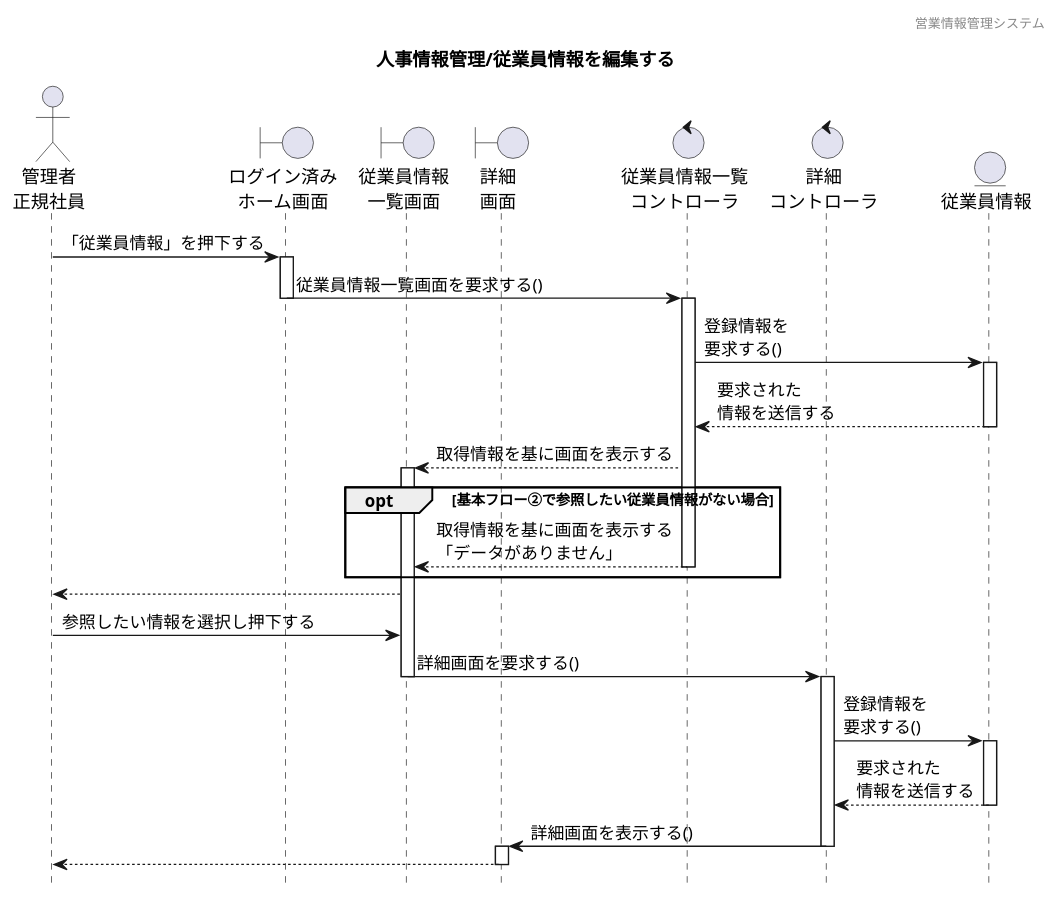
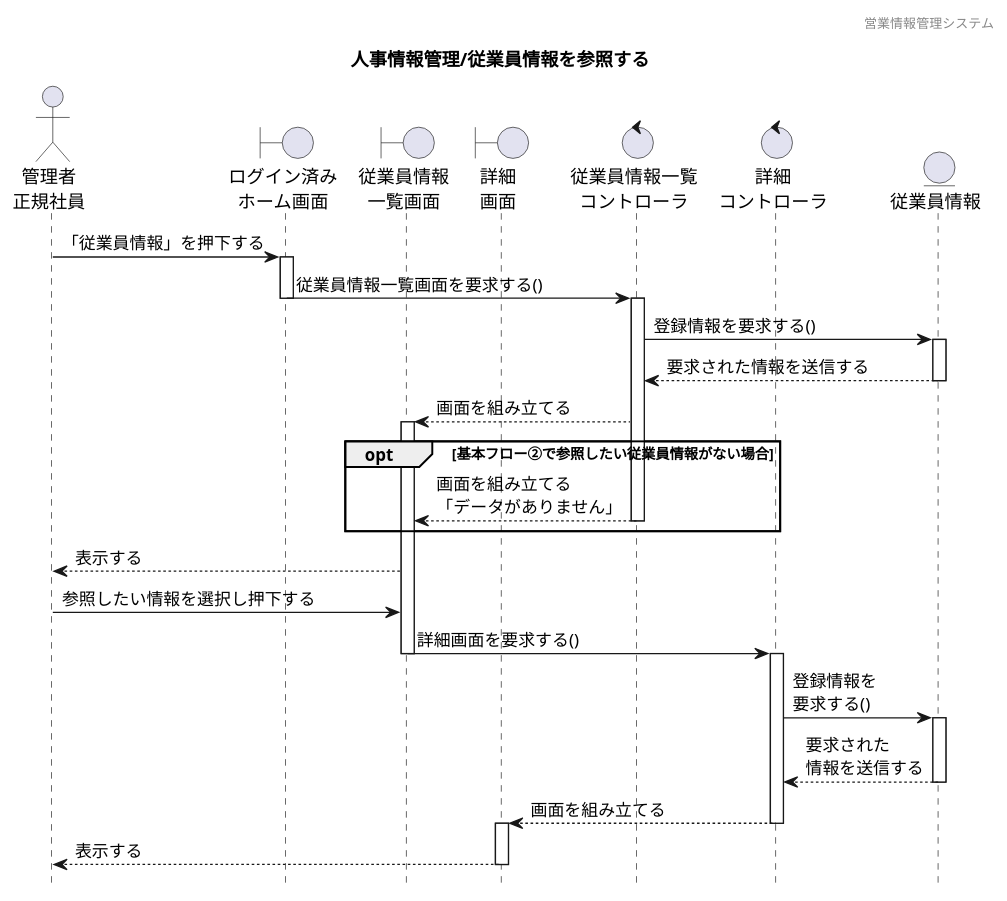
One commit to HaruShim/Sotuken changed the diagram in 各種設計書/4シーケンス図/マスタ管理/1.従業員情報マスタ/未_従業員情報管理_編集.plantuml. Above: the diagram before and after it, drawn with PlantUML. The commit also changed 1 other file, not shown here.

```diff
--- a/各種設計書/4シーケンス図/マスタ管理/1.従業員情報マスタ/未_従業員情報管理_編集.plantuml
+++ b/各種設計書/4シーケンス図/マスタ管理/1.従業員情報マスタ/未_従業員情報管理_編集.plantuml
@@ -1,66 +1,66 @@
 @startuml シーケンス図
 
 ' 下アイコン除去
 hide footbox
 ' ヘッダー
 header 営業情報管理システム
 ' タイトル
-title 人事情報管理/従業員情報を編集する
+title 人事情報管理/従業員情報を参照する
 
 
 ' actor "" as 
 actor "管理者\n正規社員" as a1
 
 ' boundary "" as 
 boundary "ログイン済み\nホーム画面" as b1
 boundary "従業員情報\n一覧画面" as b2
 boundary "詳細\n画面" as b3
 
 ' control "" as 
 control "従業員情報一覧\nコントローラ" as c1
 control "詳細\nコントローラ" as c2
 
 ' entity "" as
 entity "従業員情報" as e1
 
 
 ' ログイン済みホーム画面から一覧表示までのシーケンス
 a1 -> b1 : 「従業員情報」を押下する
 activate b1
 b1 -> c1 : 従業員情報一覧画面を要求する()
 deactivate b1
 activate c1
-c1 -> e1 : 登録情報を\n要求する()
+c1 -> e1 : 登録情報を要求する()
 activate e1
-c1 <-- e1 : 要求された\n情報を送信する
+c1 <-- e1 : 要求された情報を送信する
 deactivate e1
-b2 <-- c1 : 取得情報を基に画面を表示する
+b2 <-- c1 : 画面を組み立てる
 activate b2
 
 ' 代替フロー
 opt 基本フロー②で参照したい従業員情報がない場合
-b2 <-- c1 : 取得情報を基に画面を表示する\n「データがありません」
+b2 <-- c1 : 画面を組み立てる\n「データがありません」
 deactivate c1
 end
 
 activate b2
-a1 <-- b2
+a1 <-- b2 : 表示する
 a1 -> b2 : 参照したい情報を選択し押下する
 b2 -> c2 : 詳細画面を要求する()
 deactivate b2
 activate c2
 
 
 c2 -> e1 : 登録情報を\n要求する()
 activate e1
 c2 <-- e1 : 要求された\n情報を送信する
 deactivate e1
-b3 <- c2 : 詳細画面を表示する()
+b3 <-- c2 : 画面を組み立てる
 deactivate c2
 activate b3
-a1 <-- b3
+a1 <-- b3 : 表示する
 deactivate b3
 
 
 
 @enduml
```
